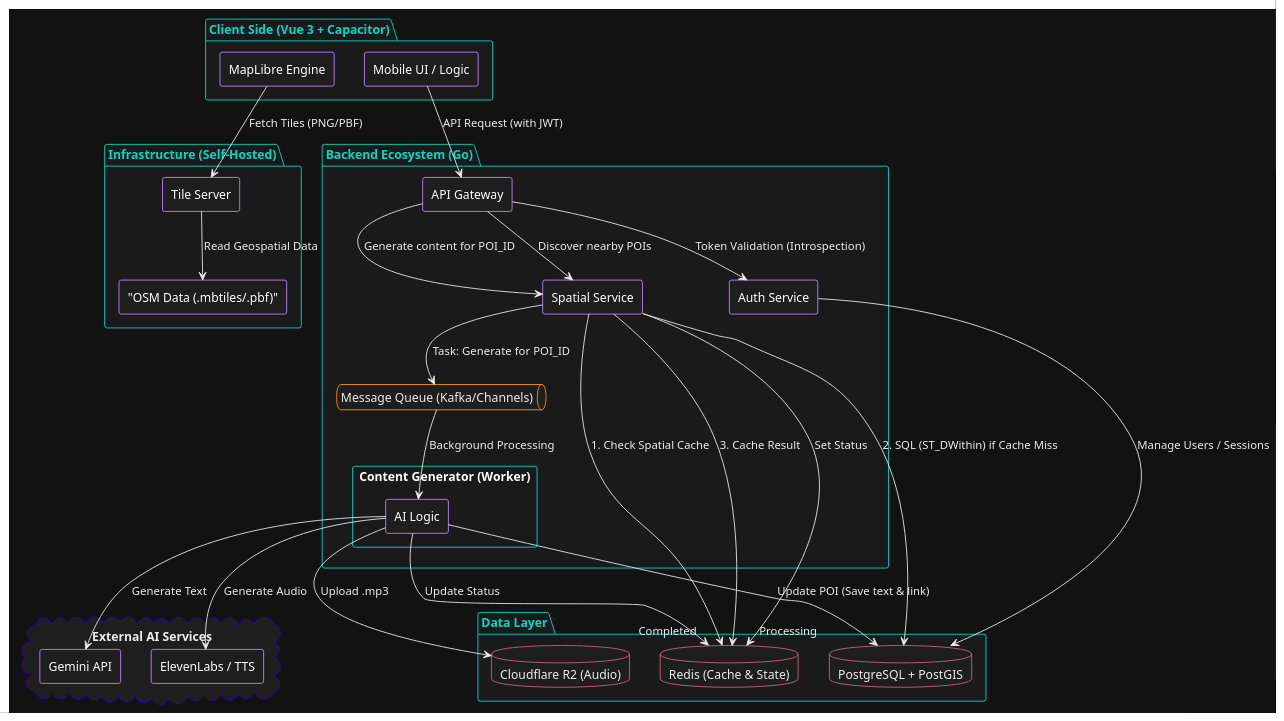
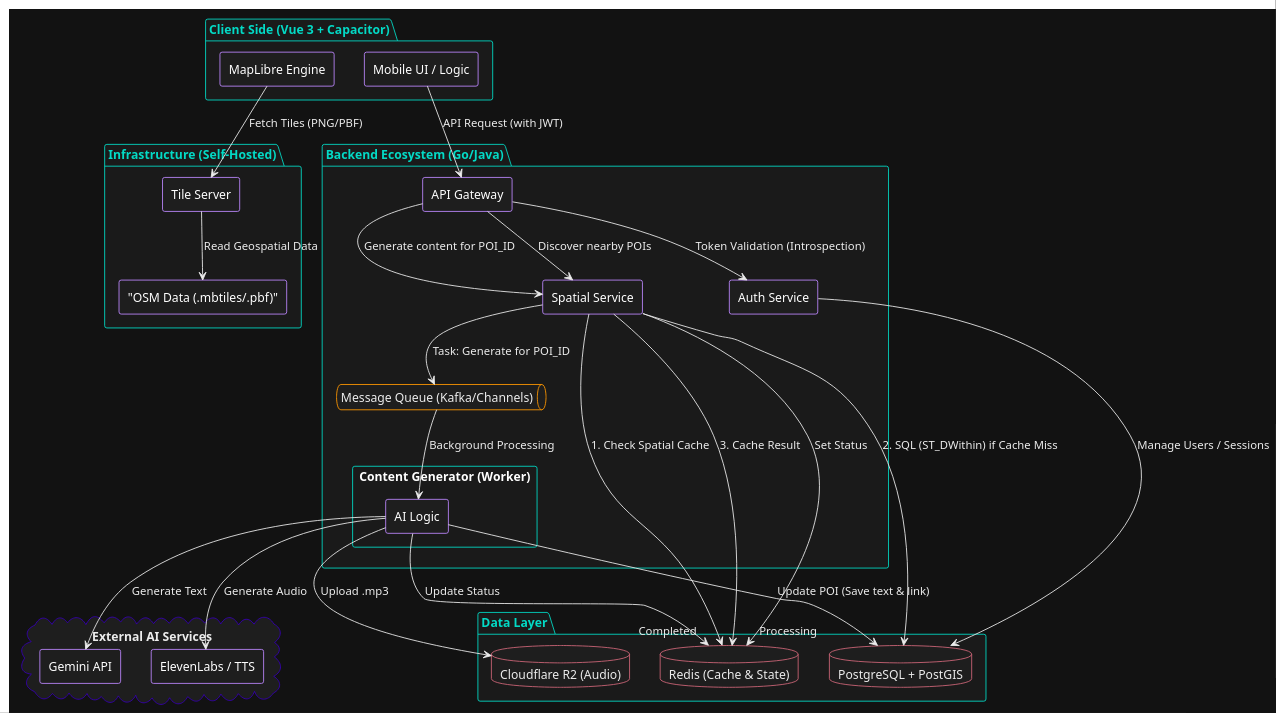
The diagram in docs/trippie-arch.puml (laa66/trippie), drawn with PlantUML before and after one commit. The commit also changed 11 other files, not shown here.

```diff
--- a/docs/trippie-arch.puml
+++ b/docs/trippie-arch.puml
@@ -1,102 +1,102 @@
 @startuml
 !theme plain
 ' --- Dark Mode Styling ---
 skinparam backgroundColor #121212
 skinparam DefaultFontColor #ECECEC
 skinparam componentStyle rectangle
 
 skinparam component {
     BackgroundColor #1E1E1E
     BorderColor #BB86FC
     FontColor #FFFFFF
 }
 
 skinparam package {
     BackgroundColor #1A1A1A
     BorderColor #03DAC6
     FontColor #03DAC6
 }
 
 skinparam database {
     BackgroundColor #1E1E1E
     BorderColor #CF6679
 }
 
 skinparam queue {
     BackgroundColor #1E1E1E
     BorderColor #FF9800
 }
 
 skinparam cloud {
     BackgroundColor #1E1E1E
     BorderColor #3700B3
 }
 
 skinparam arrow {
     Color #ECECEC
     FontColor #ECECEC
 }
 
 ' --- Components ---
 
 package "Client Side (Vue 3 + Capacitor)" {
     [MapLibre Engine] as Maps
     [Mobile UI / Logic] as UI
 }
 
 package "Infrastructure (Self-Hosted)" {
     [Tile Server] as TileServer
     ["OSM Data (.mbtiles/.pbf)"] as OSM_Data
 }
 
-package "Backend Ecosystem (Go)" {
+package "Backend Ecosystem (Go/Java)" {
     [Auth Service] as Auth
     [API Gateway] as Gateway
     [Spatial Service] as Spatial
     
     queue "Message Queue (Kafka/Channels)" as Queue
     
     component "Content Generator (Worker)" {
         [AI Logic] as AI
     }
 }
 
 package "Data Layer" {
     database "PostgreSQL + PostGIS" as DB
     database "Cloudflare R2 (Audio)" as S3
     database "Redis (Cache & State)" as Redis
 }
 
 cloud "External AI Services" {
     [Gemini API] as Gemini
     [ElevenLabs / TTS] as Eleven
 }
 
 ' --- Relationships ---
 
 Maps --> TileServer : Fetch Tiles (PNG/PBF)
 TileServer --> OSM_Data : Read Geospatial Data
 
 UI --> Gateway : API Request (with JWT)
 Gateway --> Auth : Token Validation (Introspection)
 
 ' Spatial & Caching
 Gateway --> Spatial : "Discover nearby POIs"
 Spatial --> Redis : 1. Check Spatial Cache
 Spatial --> DB : 2. SQL (ST_DWithin) if Cache Miss
 Spatial --> Redis : 3. Cache Result
 
 ' Content Flow & Redis State
 Gateway --> Spatial : "Generate content for POI_ID"
 Spatial --> Queue : "Task: Generate for POI_ID"
 Spatial --> Redis : Set Status "Processing"
 
 Queue --> AI : Background Processing
 AI --> Gemini : Generate Text
 AI --> Eleven : Generate Audio
 AI --> S3 : Upload .mp3
 AI --> DB : Update POI (Save text & link)
 AI --> Redis : Update Status "Completed"
 
 Auth --> DB : Manage Users / Sessions
 @enduml
```
